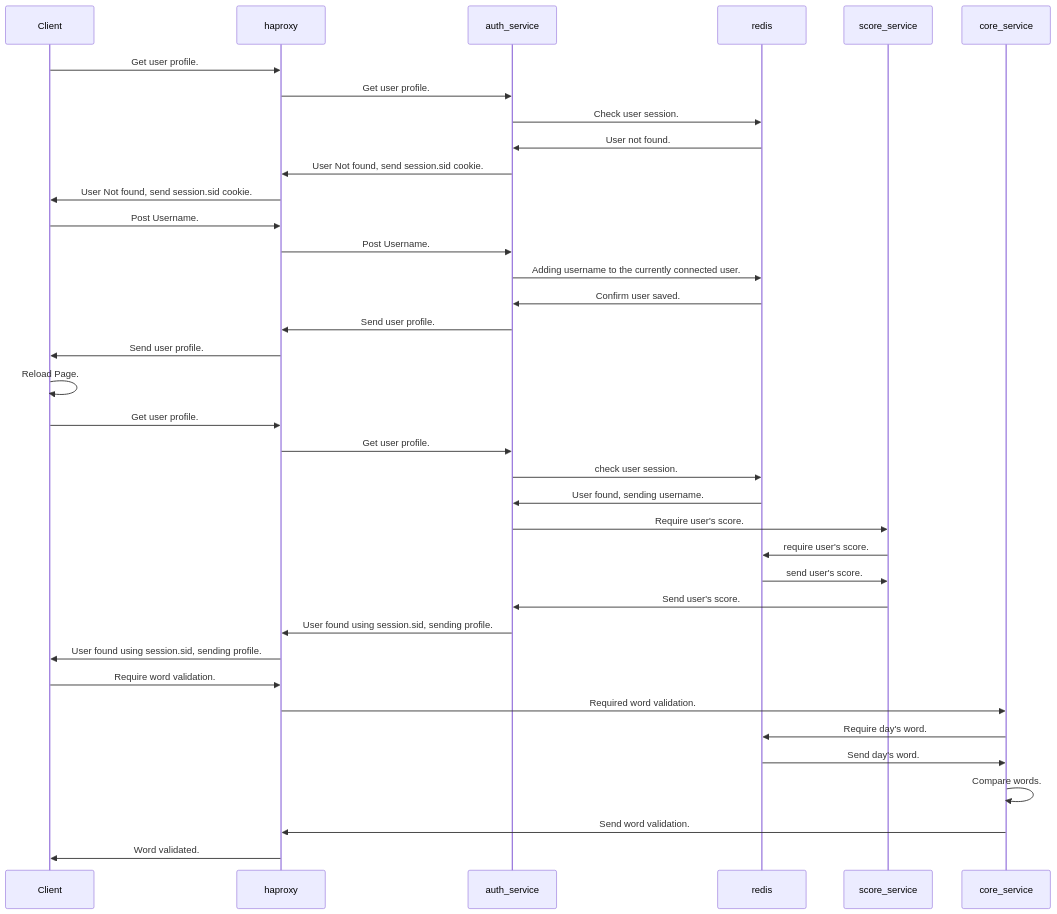
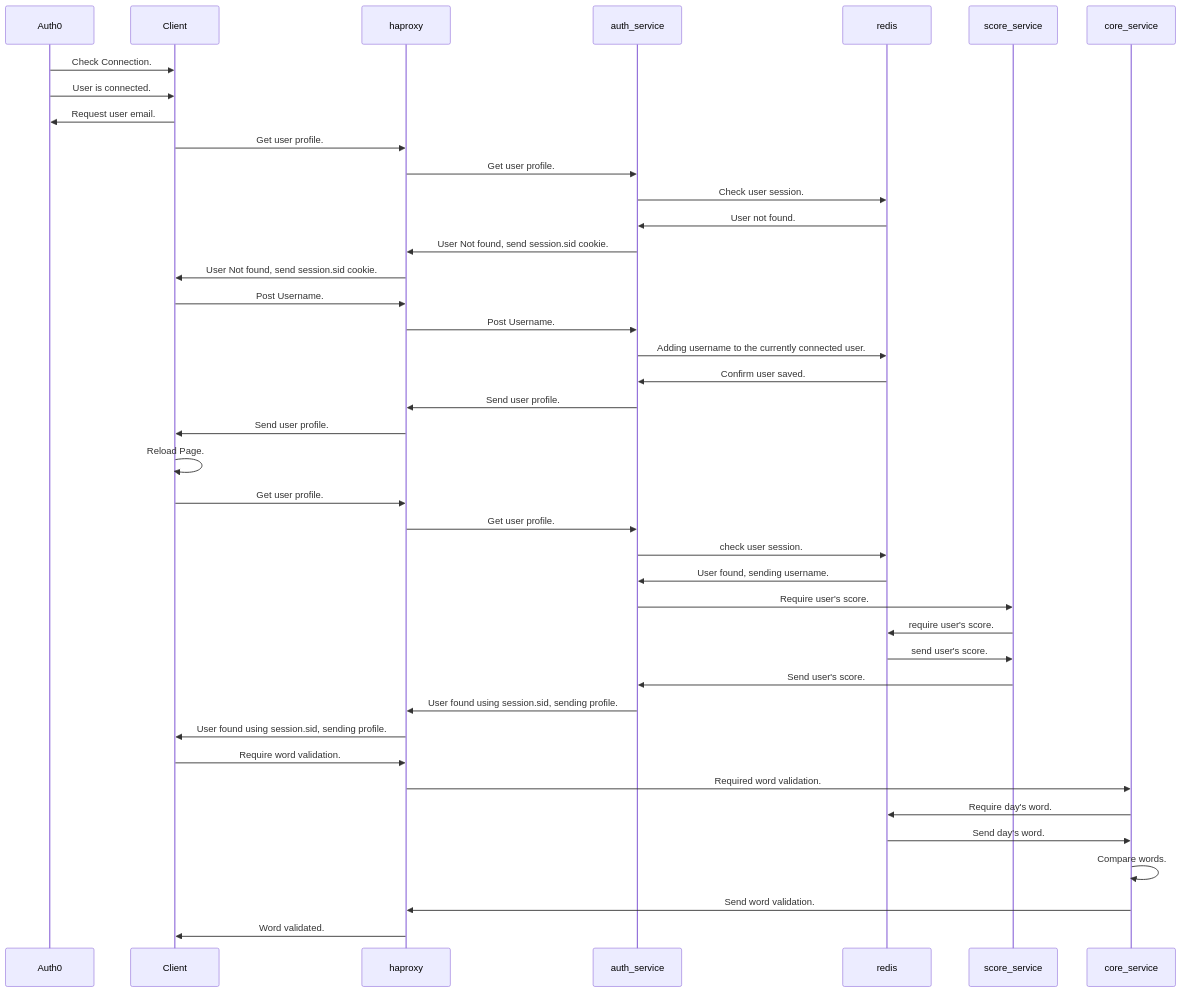
Before and after one commit to rossman-x/cy-ms: the diagram in README.md, drawn with Mermaid. The commit also changed other lines of this file, not shown here.

````diff
--- a/README.md
+++ b/README.md
@@ -43,33 +58,36 @@
 ```mermaid
 sequenceDiagram
+	Auth0->>Client: Check Connection.
+	Auth0->>Client: User is connected.
+	Client->>Auth0: Request user email.
     Client->>haproxy: Get user profile.
     haproxy->>auth_service: Get user profile.
     auth_service->>redis: Check user session.
     redis->>auth_service: User not found.
     auth_service->>haproxy: User Not found, send session.sid cookie.
     haproxy->>Client: User Not found, send session.sid cookie.
     Client->>haproxy: Post Username.
     haproxy->>auth_service: Post Username.
     auth_service->>redis: Adding username to the currently connected user.
     redis->>auth_service: Confirm user saved.
     auth_service->>haproxy:  Send user profile.
     haproxy->>Client: Send user profile.
     Client->>Client: Reload Page.
     Client->>haproxy: Get user profile.
     haproxy->>auth_service: Get user profile.
     auth_service->>redis: check user session.
     redis->>auth_service: User found, sending username.
     auth_service->>score_service: Require user's score.
     score_service->>redis: require user's score.
     redis->>score_service: send user's score.
     score_service->>auth_service: Send user's score.
     auth_service->>haproxy: User found using session.sid, sending profile.
     haproxy->>Client: User found using session.sid, sending profile.
     Client->>haproxy: Require word validation.
     haproxy->>core_service: Required word validation.
     core_service->>redis: Require day's word.
     redis->>core_service: Send day's word.
     core_service->>core_service: Compare words.
     core_service->>haproxy: Send word validation.
     haproxy->>Client: Word validated.
 ```
````
